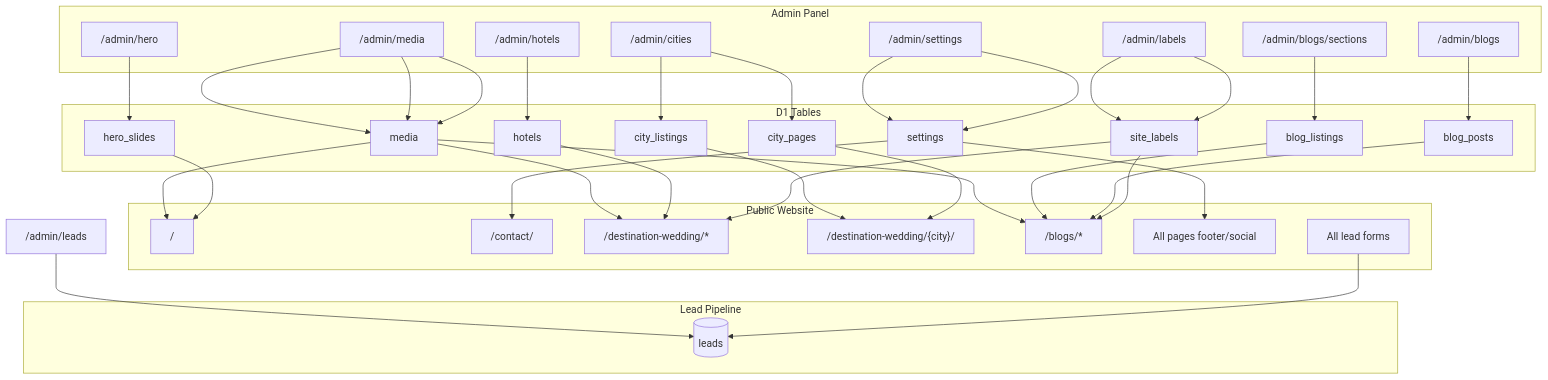
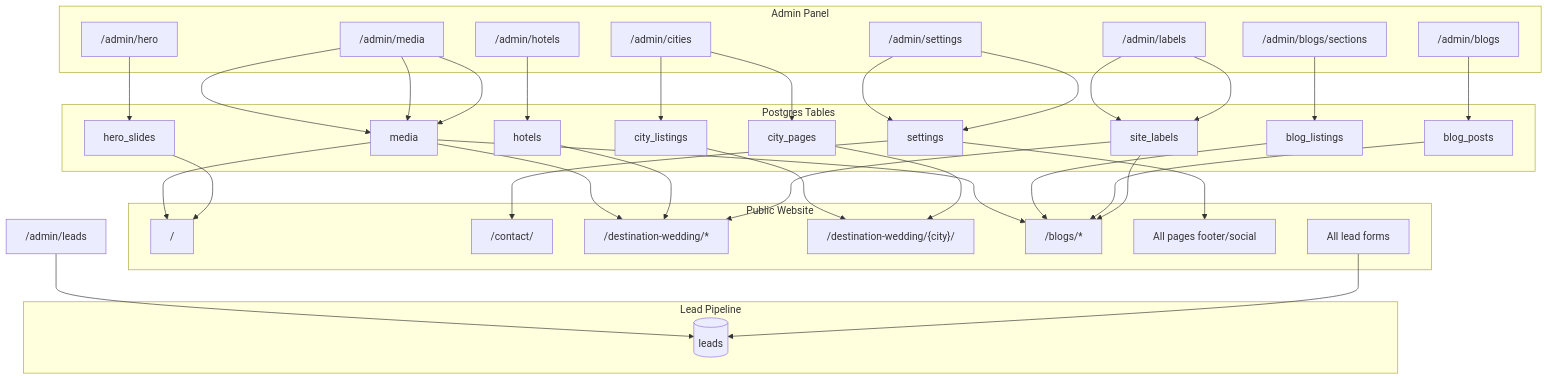
Before and after one commit to viraayaweddings/website: the diagram in docs/public-site/website-admin-map.md, drawn with Mermaid. The commit also changed other lines of this file and 41 other files, not shown here.

````diff
--- a/docs/public-site/website-admin-map.md
+++ b/docs/public-site/website-admin-map.md
@@ -9,56 +9,56 @@
 ```mermaid
 flowchart TB
   subgraph AdminPanel["Admin Panel"]
     HeroAdmin["/admin/hero"]
     SettingsAdmin["/admin/settings"]
     LabelsAdmin["/admin/labels"]
     HotelsAdmin["/admin/hotels"]
     CitiesAdmin["/admin/cities"]
     BlogsAdmin["/admin/blogs"]
     BlogSections["/admin/blogs/sections"]
     MediaAdmin["/admin/media"]
   end
 
-  subgraph D1["D1 Tables"]
+  subgraph DB["Postgres Tables"]
     hero_slides
     settings
     site_labels
     hotels
     city_pages
     city_listings
     blog_posts
     blog_listings
     media
   end
 
   subgraph PublicSite["Public Website"]
     Home["/"]
     Contact["/contact/"]
     Venues["/destination-wedding/*"]
     Cities["/destination-wedding/{city}/"]
     Blogs["/blogs/*"]
     AllPages["All pages footer/social"]
     Forms["All lead forms"]
   end
 
   HeroAdmin --> hero_slides --> Home
   SettingsAdmin --> settings --> Contact
   SettingsAdmin --> settings --> AllPages
   LabelsAdmin --> site_labels --> Venues
   LabelsAdmin --> site_labels --> Blogs
   HotelsAdmin --> hotels --> Venues
   CitiesAdmin --> city_pages --> Cities
   CitiesAdmin --> city_listings --> Cities
   BlogsAdmin --> blog_posts --> Blogs
   BlogSections --> blog_listings --> Blogs
   MediaAdmin --> media --> Venues
   MediaAdmin --> media --> Blogs
   MediaAdmin --> media --> Home
 
   subgraph Leads["Lead Pipeline"]
     leads_table[(leads)]
   end
 
   Forms --> leads_table
   AdminLeads["/admin/leads"] --> leads_table
 ```
````
